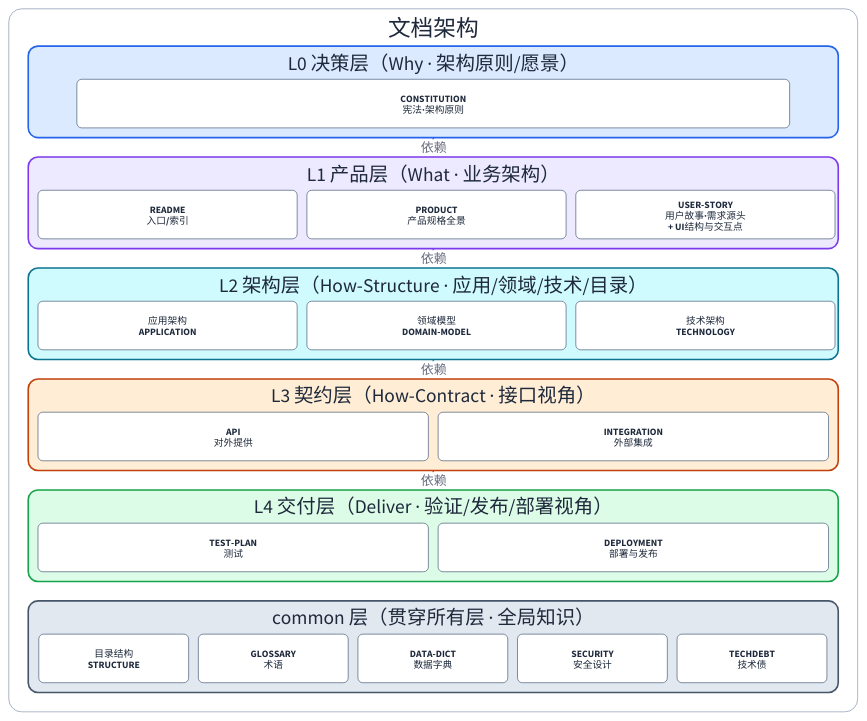
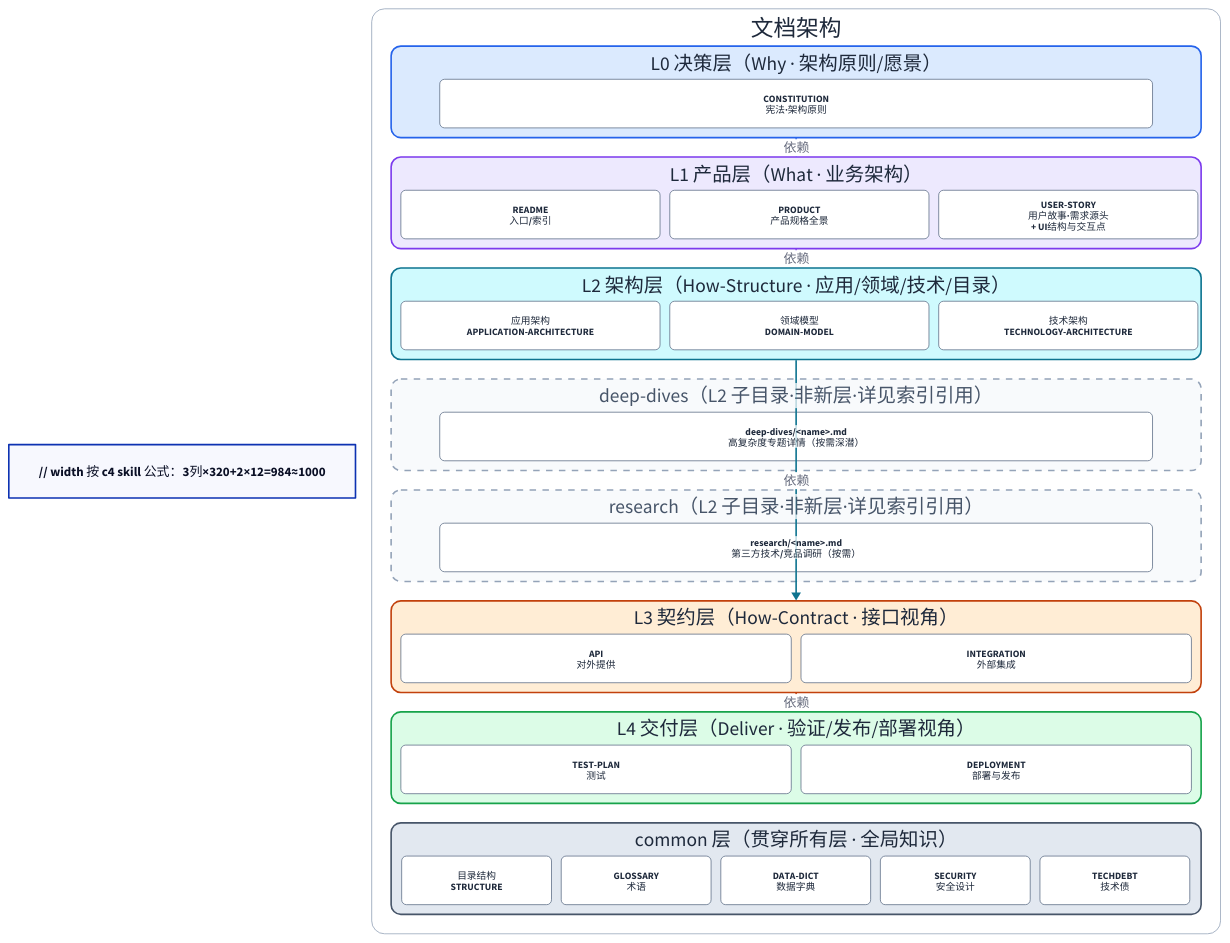
Before and after one commit to syllr/skills: the diagram in skills/doc-arch-rules/references/templates/CONSTITUTION.md, drawn with D2. The commit also changed other lines of this file and 1 other file, not shown here.

Commit message:
feat(doc-arch-rules): 支持 L2/research 与 deep-dives 并列，脚本支持子目录递归解析

```diff
--- a/skills/doc-arch-rules/references/templates/CONSTITUTION.md
+++ b/skills/doc-arch-rules/references/templates/CONSTITUTION.md
@@ -268,6 +261,7 @@
 # 图名: 文档架构分层图（L0-L4 + common 层）
 # 视角: 逻辑视图（文档架构分层）
 # 用途: 展示文档体系 L0→L4 单向依赖与 common 层贯穿所有层
+// width 按 c4 skill 公式：3列×320+2×12=984≈1000
 
 vars: {
   d2-config: {
@@ -323,9 +317,35 @@
     style.border-radius: 12
     grid-columns: 3
     grid-gap: 12
-    d8: { label: "应用架构\nAPPLICATION"; width: 320; height: 60; class: mod }
+    d8: { label: "应用架构\nAPPLICATION-ARCHITECTURE"; width: 320; height: 60; class: mod }
     d9: { label: "领域模型\nDOMAIN-MODEL"; width: 320; height: 60; class: mod }
-    d10: { label: "技术架构\nTECHNOLOGY"; width: 320; height: 60; class: mod }
+    d10: { label: "技术架构\nTECHNOLOGY-ARCHITECTURE"; width: 320; height: 60; class: mod }
+  }
+
+  deep-dives: {
+    label: "deep-dives（L2 子目录·非新层·详见索引引用）"
+    width: 1000
+    style.fill: "#f8fafc"
+    style.font-color: "#475569"
+    style.stroke: "#94a3b8"
+    style.stroke-dash: 4
+    style.border-radius: 12
+    grid-columns: 1
+    grid-gap: 12
+    d20: { label: "deep-dives/<name>.md\n高复杂度专题详情（按需深潜）"; width: 880; height: 60; class: mod }
+  }
+
+  research: {
+    label: "research（L2 子目录·非新层·详见索引引用）"
+    width: 1000
+    style.fill: "#f8fafc"
+    style.font-color: "#475569"
+    style.stroke: "#94a3b8"
+    style.stroke-dash: 4
+    style.border-radius: 12
+    grid-columns: 1
+    grid-gap: 12
+    d21: { label: "research/<name>.md\n第三方技术/竞品调研（按需）"; width: 880; height: 60; class: mod }
   }
 
   L3层: {
```
